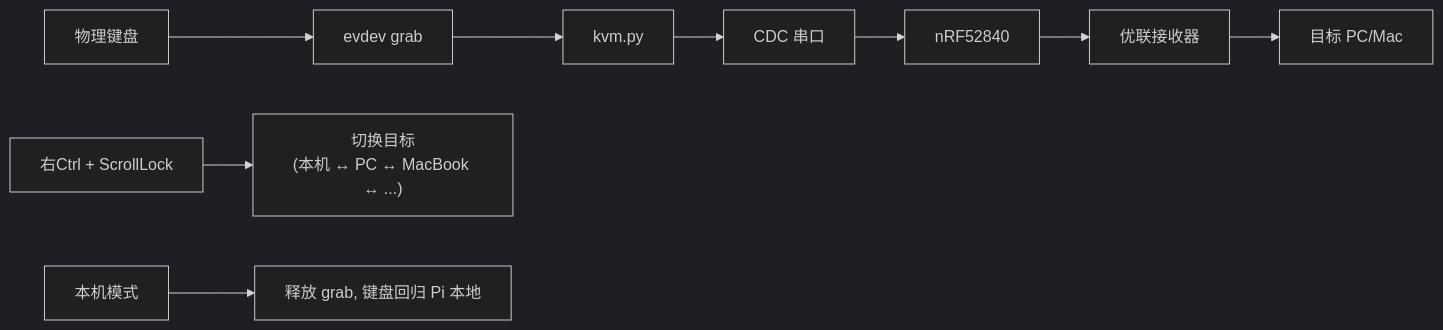
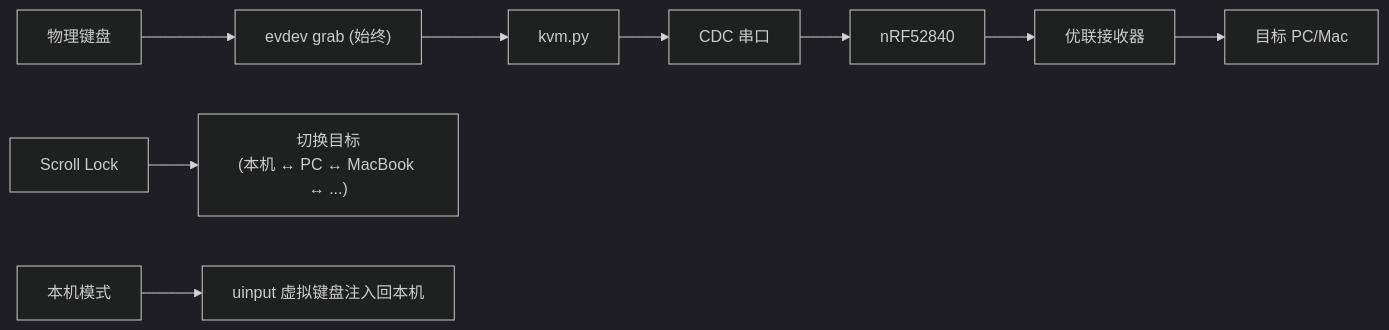
Before and after one commit to ZHLHZHU/unifying-kvm: the diagram in README.md, drawn with Mermaid (dark theme). The commit also changed other lines of this file and 3 other files, not shown here.

````diff
--- a/README.md
+++ b/README.md
@@ -7,6 +7,6 @@
 ```mermaid
 graph LR
-    KB["物理键盘"] --> GRAB["evdev grab"] --> KVM["kvm.py"] --> CDC["CDC 串口"] --> NRF["nRF52840"] --> RX["优联接收器"] --> TARGET["目标 PC/Mac"]
-    HOTKEY["右Ctrl + ScrollLock"] --> SWITCH["切换目标<br/>(本机 ↔ PC ↔ MacBook ↔ ...)"]
-    LOCAL["本机模式"] --> UNGRAB["释放 grab, 键盘回归 Pi 本地"]
+    KB["物理键盘"] --> GRAB["evdev grab (始终)"] --> KVM["kvm.py"] --> CDC["CDC 串口"] --> NRF["nRF52840"] --> RX["优联接收器"] --> TARGET["目标 PC/Mac"]
+    HOTKEY["Scroll Lock"] --> SWITCH["切换目标<br/>(本机 ↔ PC ↔ MacBook ↔ ...)"]
+    LOCAL["本机模式"] --> UINPUT["uinput 虚拟键盘注入回本机"]
 ```
````
